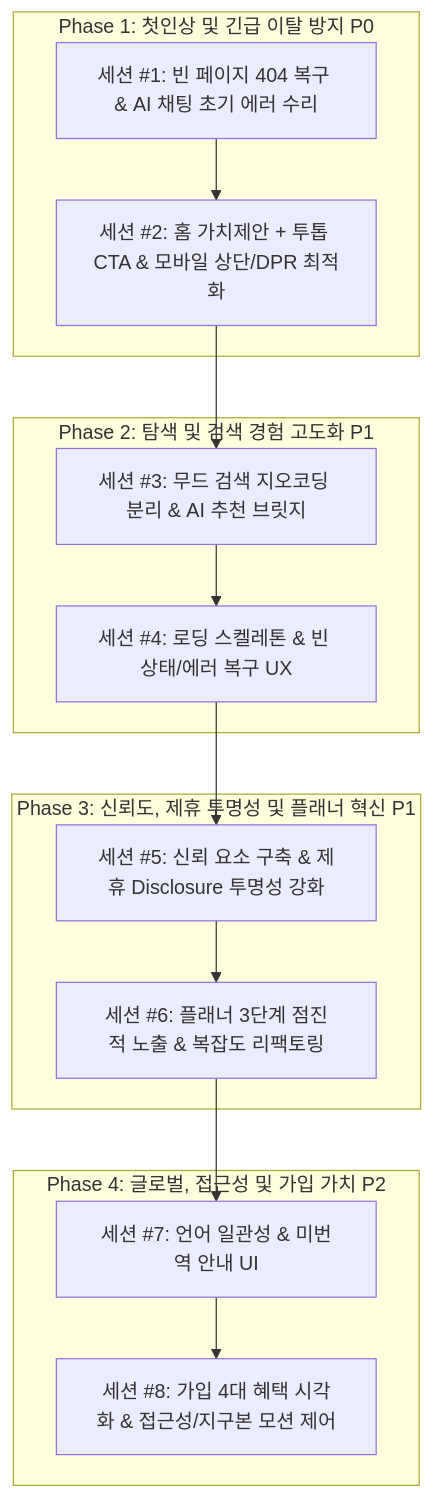
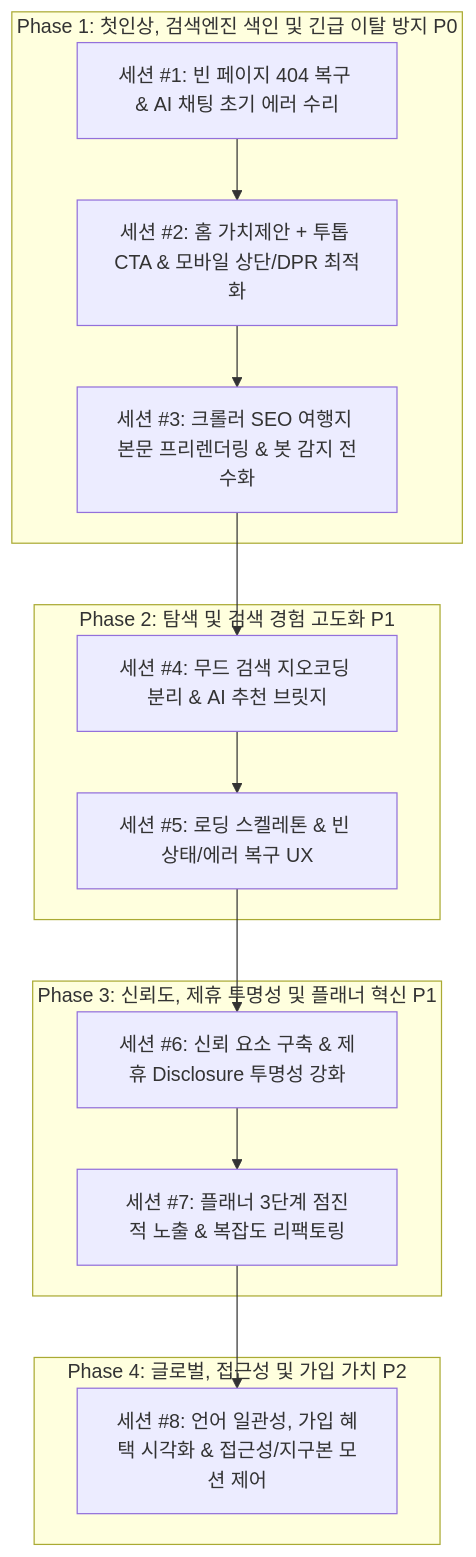
One commit to catgeot/Days changed the diagram in plans/visitor-growth-activation-plan.md. Above: the diagram before and after it, drawn with Mermaid. The commit also changed other lines of this file and 3 other files, not shown here.

Commit message:
docs: 크롤러 SEO 및 본문 프리렌더링 과제를 방문자 활성화 계획에 통합

````diff
--- a/plans/visitor-growth-activation-plan.md
+++ b/plans/visitor-growth-activation-plan.md
@@ -50,24 +52,24 @@
 ```mermaid
 flowchart TD
-  subgraph Phase1 [Phase 1: 첫인상 및 긴급 이탈 방지 P0]
+  subgraph Phase1 [Phase 1: 첫인상, 검색엔진 색인 및 긴급 이탈 방지 P0]
     S1[세션 #1: 빈 페이지 404 복구 & AI 채팅 초기 에러 수리]
     S2[세션 #2: 홈 가치제안 + 투톱 CTA & 모바일 상단/DPR 최적화]
+    S3[세션 #3: 크롤러 SEO 여행지 본문 프리렌더링 & 봇 감지 전수화]
   end
 
   subgraph Phase2 [Phase 2: 탐색 및 검색 경험 고도화 P1]
-    S3[세션 #3: 무드 검색 지오코딩 분리 & AI 추천 브릿지]
-    S4[세션 #4: 로딩 스켈레톤 & 빈 상태/에러 복구 UX]
+    S4[세션 #4: 무드 검색 지오코딩 분리 & AI 추천 브릿지]
+    S5[세션 #5: 로딩 스켈레톤 & 빈 상태/에러 복구 UX]
   end
 
   subgraph Phase3 [Phase 3: 신뢰도, 제휴 투명성 및 플래너 혁신 P1]
-    S5[세션 #5: 신뢰 요소 구축 & 제휴 Disclosure 투명성 강화]
-    S6[세션 #6: 플래너 3단계 점진적 노출 & 복잡도 리팩토링]
+    S6[세션 #6: 신뢰 요소 구축 & 제휴 Disclosure 투명성 강화]
+    S7[세션 #7: 플래너 3단계 점진적 노출 & 복잡도 리팩토링]
   end
 
   subgraph Phase4 [Phase 4: 글로벌, 접근성 및 가입 가치 P2]
-    S7[세션 #7: 언어 일관성 & 미번역 안내 UI]
-    S8[세션 #8: 가입 4대 혜택 시각화 & 접근성/지구본 모션 제어]
+    S8[세션 #8: 언어 일관성, 가입 혜택 시각화 & 접근성/지구본 모션 제어]
   end
 
   S1 --> S2 --> S3 --> S4 --> S5 --> S6 --> S7 --> S8
 ```
````
